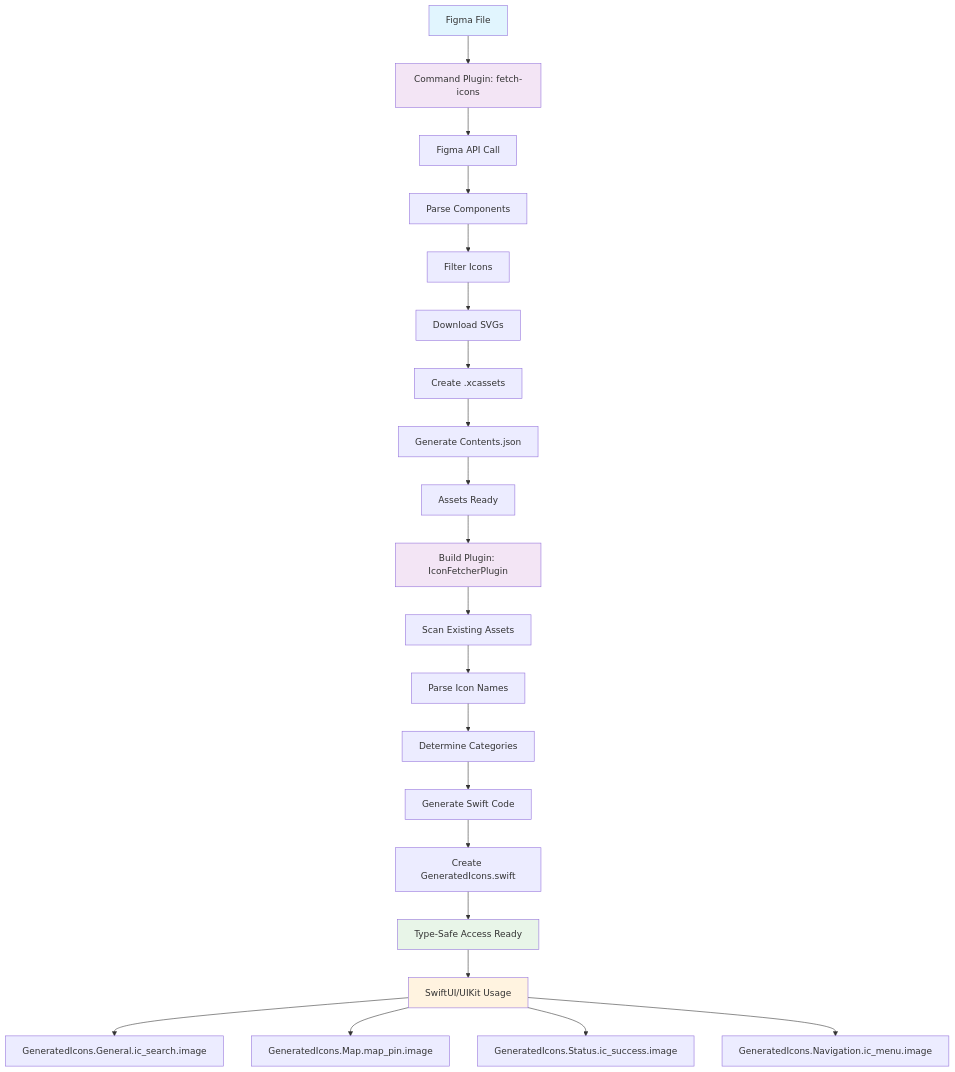
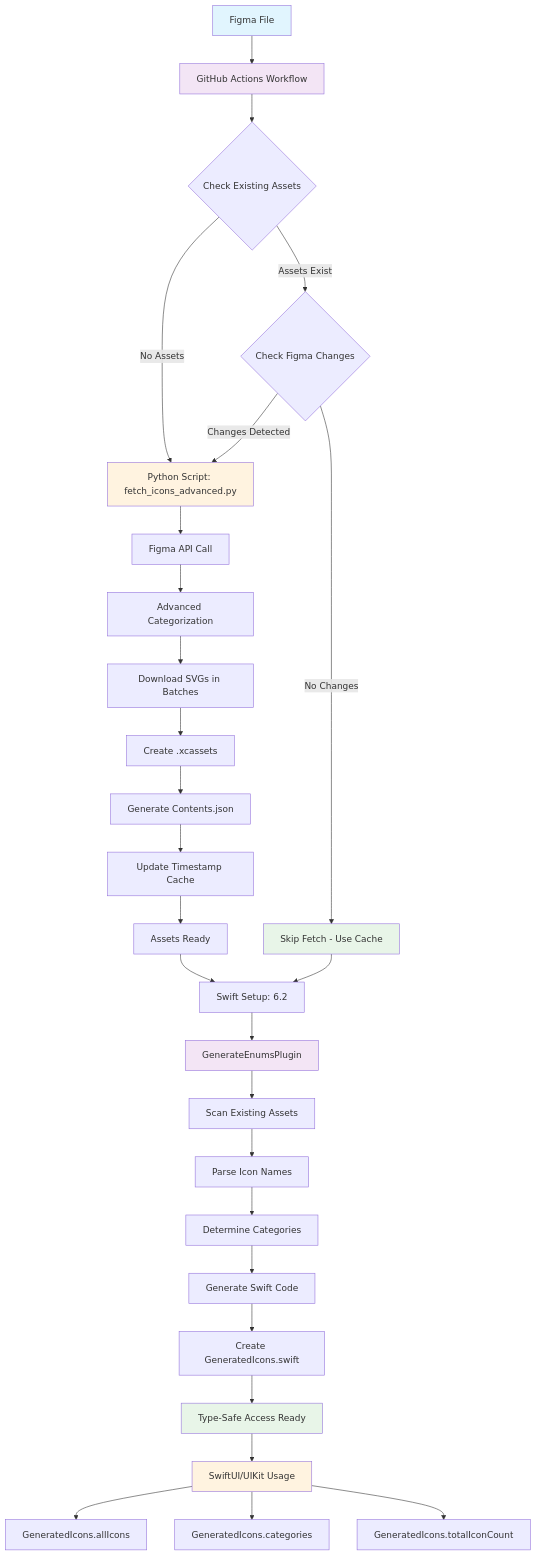
The diagram in README.md (babladiabhishek/DesignAssets), drawn with Mermaid before and after one commit. The commit also changed other lines of this file and 5 other files, not shown here.

````diff
--- a/README.md
+++ b/README.md
@@ -23,31 +25,41 @@
 ```mermaid
 graph TD
-    A[Figma File] --> B[Command Plugin: fetch-icons]
-    B --> C[Figma API Call]
-    C --> D[Parse Components]
-    D --> E[Filter Icons]
-    E --> F[Download SVGs]
-    F --> G[Create .xcassets]
-    G --> H[Generate Contents.json]
-    H --> I[Assets Ready]
+    A[Figma File] --> B[GitHub Actions Workflow]
+    B --> C{Check Existing Assets}
+    C -->|Assets Exist| D{Check Figma Changes}
+    C -->|No Assets| E[Python Script: fetch_icons_advanced.py]
+    D -->|No Changes| F[Skip Fetch - Use Cache]
+    D -->|Changes Detected| E
     
-    I --> J[Build Plugin: IconFetcherPlugin]
-    J --> K[Scan Existing Assets]
-    K --> L[Parse Icon Names]
-    L --> M[Determine Categories]
-    M --> N[Generate Swift Code]
-    N --> O[Create GeneratedIcons.swift]
-    O --> P[Type-Safe Access Ready]
+    E --> G[Figma API Call]
+    G --> H[Advanced Categorization]
+    H --> I[Download SVGs in Batches]
+    I --> J[Create .xcassets]
+    J --> K[Generate Contents.json]
+    K --> L[Update Timestamp Cache]
+    L --> M[Assets Ready]
     
-    P --> Q[SwiftUI/UIKit Usage]
-    Q --> R[GeneratedIcons.General.ic_search.image]
-    Q --> S[GeneratedIcons.Map.map_pin.image]
-    Q --> T[GeneratedIcons.Status.ic_success.image]
-    Q --> U[GeneratedIcons.Navigation.ic_menu.image]
+    M --> N[Swift Setup: 6.2]
+    N --> O[GenerateEnumsPlugin]
+    O --> P[Scan Existing Assets]
+    P --> Q[Parse Icon Names]
+    Q --> R[Determine Categories]
+    R --> S[Generate Swift Code]
+    S --> T[Create GeneratedIcons.swift]
+    T --> U[Type-Safe Access Ready]
+    
+    U --> V[SwiftUI/UIKit Usage]
+    V --> W[GeneratedIcons.allIcons]
+    V --> X[GeneratedIcons.categories]
+    V --> Y[GeneratedIcons.totalIconCount]
+    
+    F --> N
     
     style A fill:#e1f5fe
     style B fill:#f3e5f5
-    style J fill:#f3e5f5
-    style P fill:#e8f5e8
-    style Q fill:#fff3e0
+    style E fill:#fff3e0
+    style O fill:#f3e5f5
+    style U fill:#e8f5e8
+    style V fill:#fff3e0
+    style F fill:#e8f5e8
 ```
````
